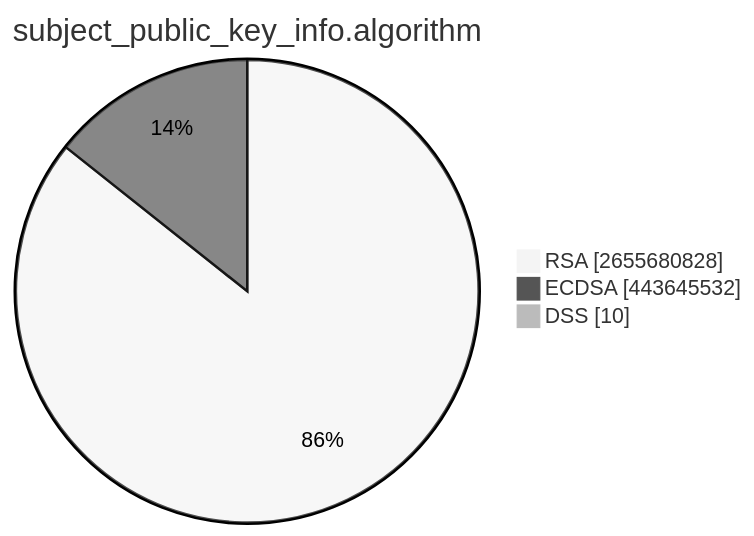
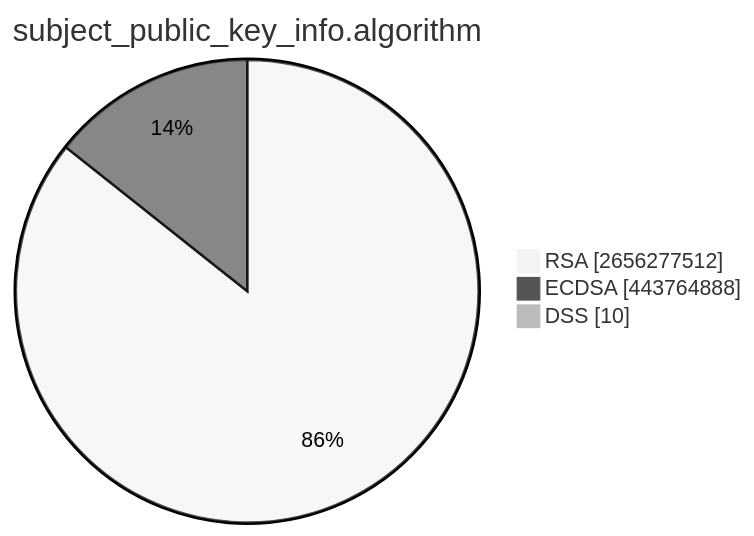
Before and after one commit to christiankrug/ctmonitor_visualization: the second of 15 diagrams in TOTAL/README.md, drawn with Mermaid (neutral theme). The commit also changed other lines of this file, not shown here.

````diff
--- a/TOTAL/README.md
+++ b/TOTAL/README.md
@@ -6,7 +6,7 @@
 ```mermaid
 pie showData
 title subject_public_key_info.algorithm
-"RSA" :2655680828
-"ECDSA" :443645532
+"RSA" :2656277512
+"ECDSA" :443764888
 "DSS" :10
 ```
````
